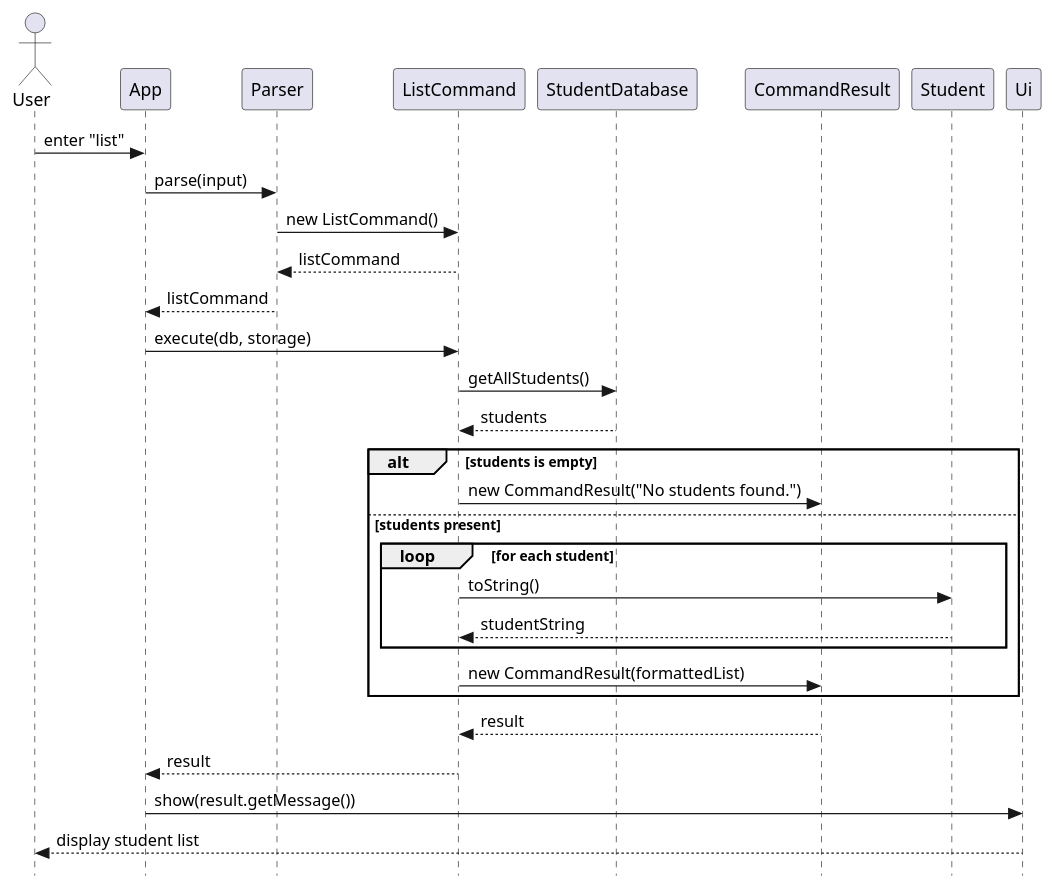
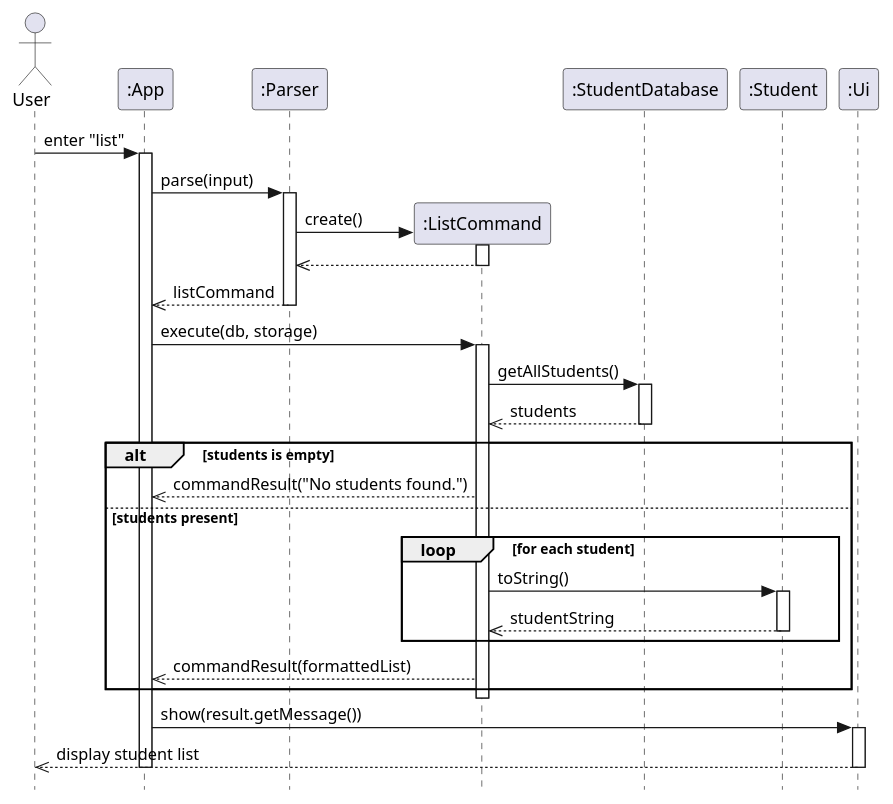
Before and after one commit to AgaraNUS/tp: the diagram in docs/diagrams/ListCommandSequence.puml, drawn with PlantUML. The commit also changed 14 other files, not shown here.

```diff
--- a/docs/diagrams/ListCommandSequence.puml
+++ b/docs/diagrams/ListCommandSequence.puml
@@ -1,28 +1,47 @@
 @startuml ListCommandSequence
 skinparam style strictuml
 actor User
 
+participant ":App" as App
+participant ":Parser" as Parser
+participant ":ListCommand" as ListCommand
+participant ":StudentDatabase" as StudentDatabase
+participant ":Student" as Student
+participant ":Ui" as Ui
+
 User -> App : enter "list"
+activate App
 App -> Parser : parse(input)
-Parser -> ListCommand : new ListCommand()
-ListCommand --> Parser : listCommand
-Parser --> App : listCommand
+activate Parser
+Parser -> ListCommand ** : create()
+activate ListCommand
+ListCommand -->> Parser
+deactivate ListCommand
+Parser -->> App : listCommand
+deactivate Parser
 App -> ListCommand : execute(db, storage)
+activate ListCommand
 ListCommand -> StudentDatabase : getAllStudents()
-StudentDatabase --> ListCommand : students
+activate StudentDatabase
+StudentDatabase -->> ListCommand : students
+deactivate StudentDatabase
 
 alt students is empty
-    ListCommand -> CommandResult : new CommandResult("No students found.")
+    ListCommand -->> App : commandResult("No students found.")
 else students present
     loop for each student
         ListCommand -> Student : toString()
-        Student --> ListCommand : studentString
+        activate Student
+        Student -->> ListCommand : studentString
+        deactivate Student
     end
-    ListCommand -> CommandResult : new CommandResult(formattedList)
+    ListCommand -->> App : commandResult(formattedList)
 end
+deactivate ListCommand
 
-CommandResult --> ListCommand : result
-ListCommand --> App : result
 App -> Ui : show(result.getMessage())
-Ui --> User : display student list
+activate Ui
+Ui -->> User : display student list
+deactivate Ui
+deactivate App
 @enduml
```
